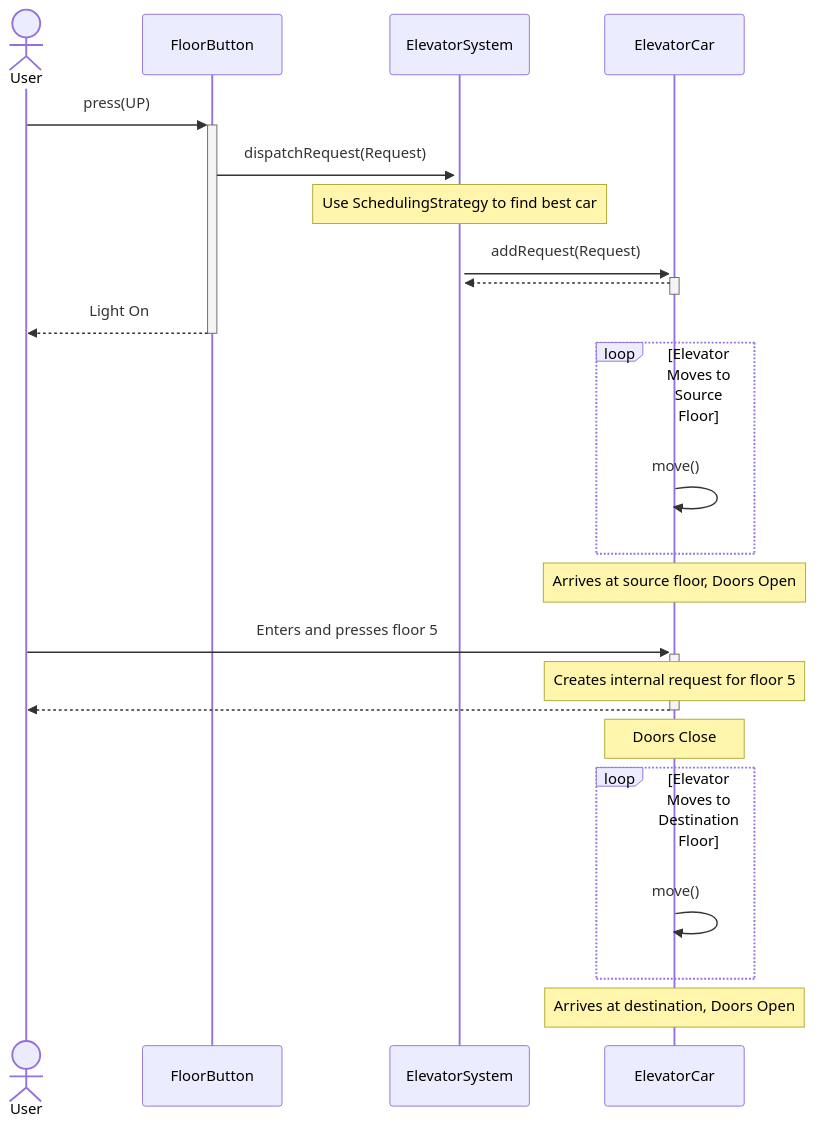
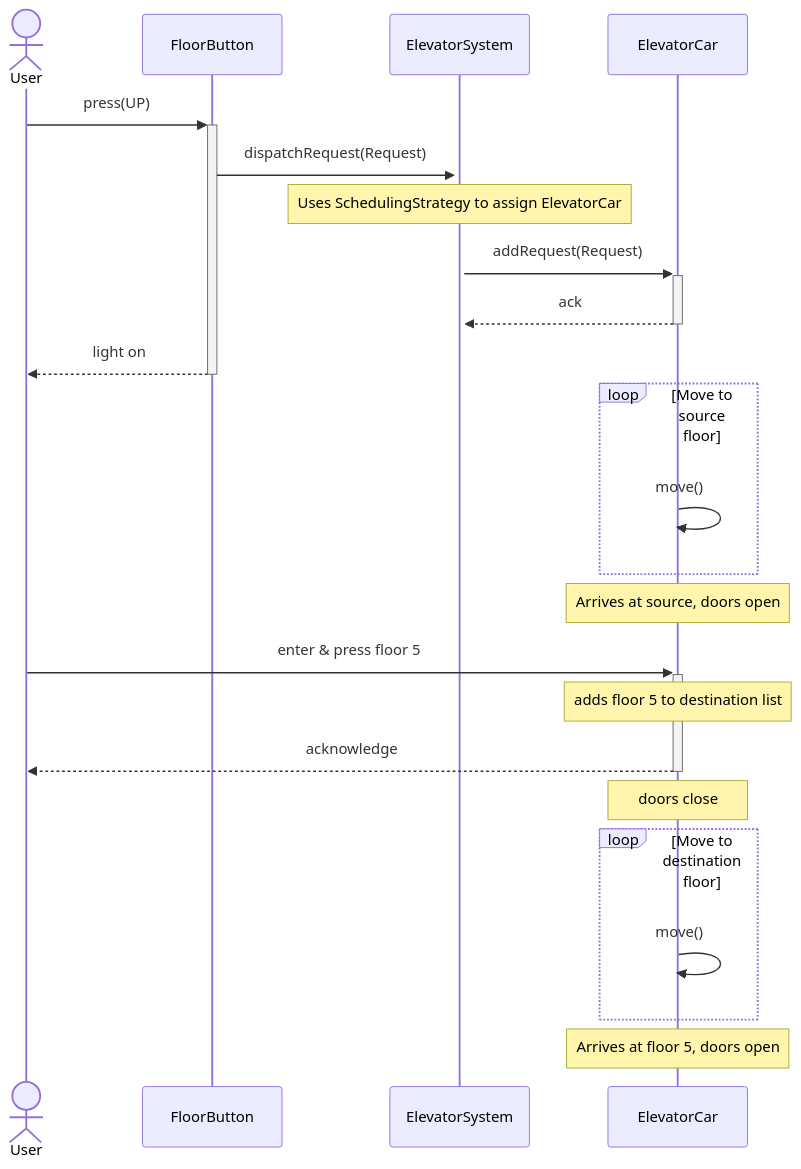
Before and after one commit to blocktical/lld: the third of 3 diagrams in 003-ProjectsOnLLD/DesignElevatorSystem/UML.md, drawn with Mermaid. The commit also changed other lines of this file and 1 other file, not shown here.

````diff
--- a/003-ProjectsOnLLD/DesignElevatorSystem/UML.md
+++ b/003-ProjectsOnLLD/DesignElevatorSystem/UML.md
@@ -109,29 +112,30 @@
 ```mermaid
 sequenceDiagram
     actor User
     participant FloorButton
     participant ElevatorSystem
     participant ElevatorCar
 
-    User->>+FloorButton: press(UP)
-    FloorButton->>+ElevatorSystem: dispatchRequest(Request)
-    Note over ElevatorSystem: Use SchedulingStrategy to find best car
-    ElevatorSystem->>+ElevatorCar: addRequest(Request)
-    ElevatorCar-->>-ElevatorSystem:
-    FloorButton-->>-User: Light On
+    User ->>+ FloorButton: press(UP)
+    FloorButton ->>+ ElevatorSystem: dispatchRequest(Request)
+    Note over ElevatorSystem: Uses SchedulingStrategy to assign ElevatorCar
+    ElevatorSystem ->>+ ElevatorCar: addRequest(Request)
+    ElevatorCar -->>- ElevatorSystem: ack
+    FloorButton -->>- User: light on
 
-    loop Elevator Moves to Source Floor
-        ElevatorCar->>ElevatorCar: move()
+    loop Move to source floor
+        ElevatorCar ->> ElevatorCar: move()
     end
-    Note over ElevatorCar: Arrives at source floor, Doors Open
+    Note over ElevatorCar: Arrives at source, doors open
 
-    User->>+ElevatorCar: Enters and presses floor 5
-    Note over ElevatorCar: Creates internal request for floor 5
-    ElevatorCar-->>-User:
-    Note over ElevatorCar: Doors Close
+    User ->>+ ElevatorCar: enter & press floor 5
+    Note over ElevatorCar: adds floor 5 to destination list
+    ElevatorCar -->>- User: acknowledge
+    Note over ElevatorCar: doors close
 
-    loop Elevator Moves to Destination Floor
-        ElevatorCar->>ElevatorCar: move()
+    loop Move to destination floor
+        ElevatorCar ->> ElevatorCar: move()
     end
-    Note over ElevatorCar: Arrives at destination, Doors Open
+    Note over ElevatorCar: Arrives at floor 5, doors open
+
 ```
````
